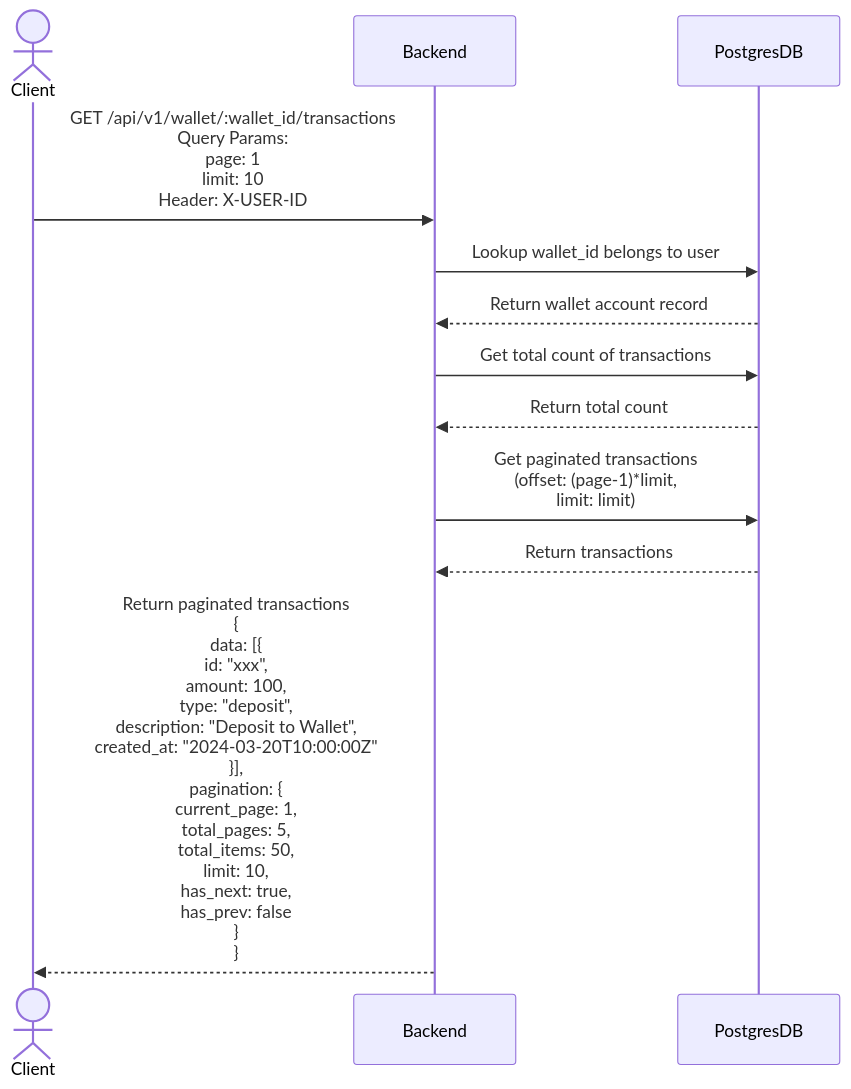
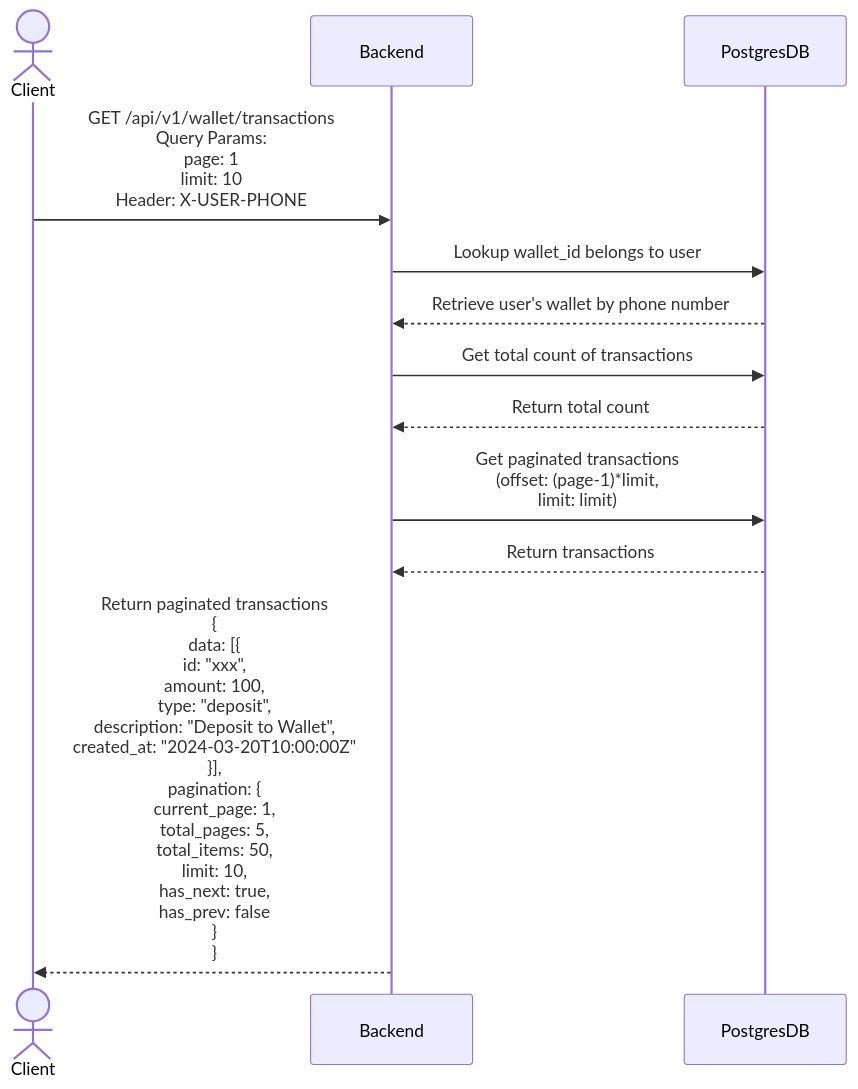
One commit to leeliwei930/walletassignment changed the second of 2 diagrams in docs/scenarios/view_authenticated_user_wallet_transactions.md. Above: the diagram before and after it, drawn with Mermaid. The commit also changed other lines of this file and 6 other files, not shown here.

Commit message:
Update authentication method in README and scenarios to use X-PHONE-NUMBER header; add OpenAPI documentation for wallet API endpoints and scenarios for deposit, withdrawal, and transfer operations.

````diff
--- a/docs/scenarios/view_authenticated_user_wallet_transactions.md
+++ b/docs/scenarios/view_authenticated_user_wallet_transactions.md
@@ -19,15 +19,15 @@
 ```mermaid
 sequenceDiagram
     actor Client
     participant Backend
     participant PostgresDB
 
-    Client->>Backend: GET /api/v1/wallet/:wallet_id/transactions<br/>Query Params:<br/>page: 1<br/>limit: 10<br/>Header: X-USER-ID
+    Client->>Backend: GET /api/v1/wallet/transactions<br/>Query Params:<br/>page: 1<br/>limit: 10<br/>Header: X-USER-PHONE
     Backend->>PostgresDB: Lookup wallet_id belongs to user
-    PostgresDB-->>Backend: Return wallet account record
+    PostgresDB-->>Backend: Retrieve user's wallet by phone number
     Backend->>PostgresDB: Get total count of transactions
     PostgresDB-->>Backend: Return total count
     Backend->>PostgresDB: Get paginated transactions<br/>(offset: (page-1)*limit,<br/>limit: limit)
     PostgresDB-->>Backend: Return transactions
     Backend-->>Client: Return paginated transactions<br/>{<br/>data: [{<br/>id: "xxx",<br/>amount: 100,<br/>type: "deposit",<br/>description: "Deposit to Wallet",<br/>created_at: "2024-03-20T10:00:00Z"<br/>}],<br/>pagination: {<br/>current_page: 1,<br/>total_pages: 5,<br/>total_items: 50,<br/>limit: 10,<br/>has_next: true,<br/>has_prev: false<br/>}<br/>}
 ```
````
